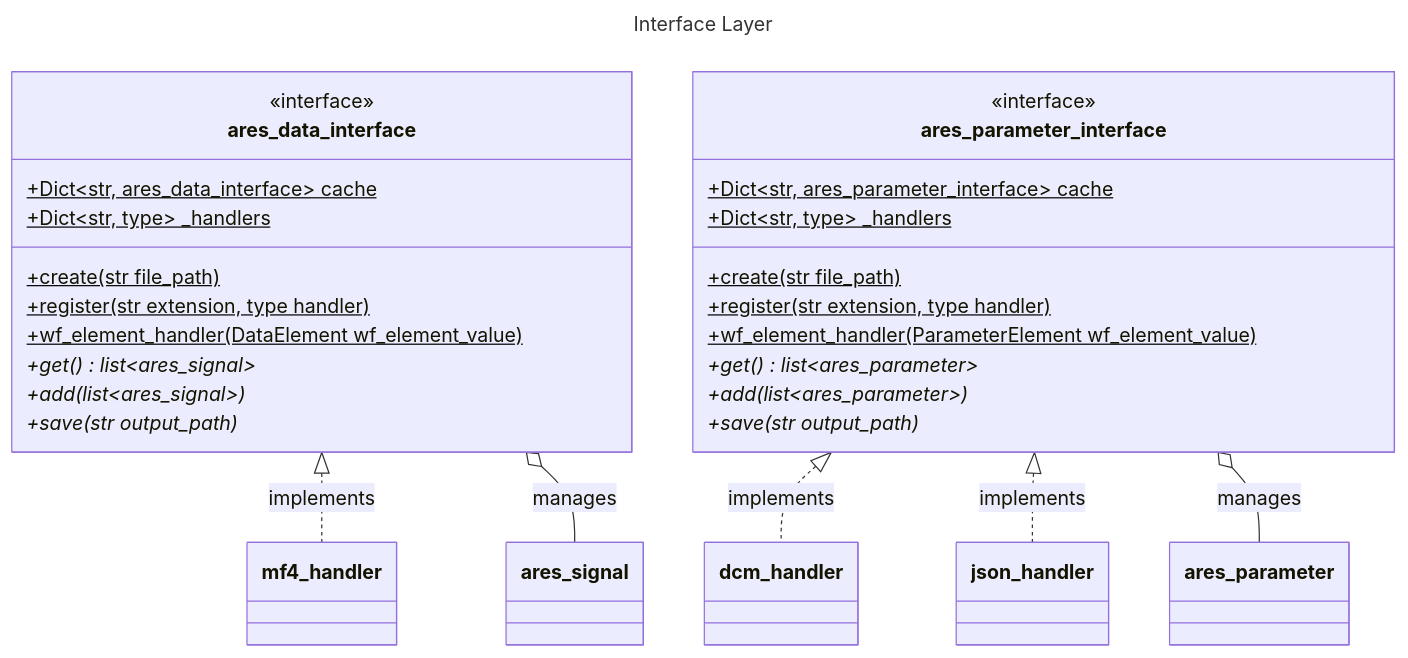
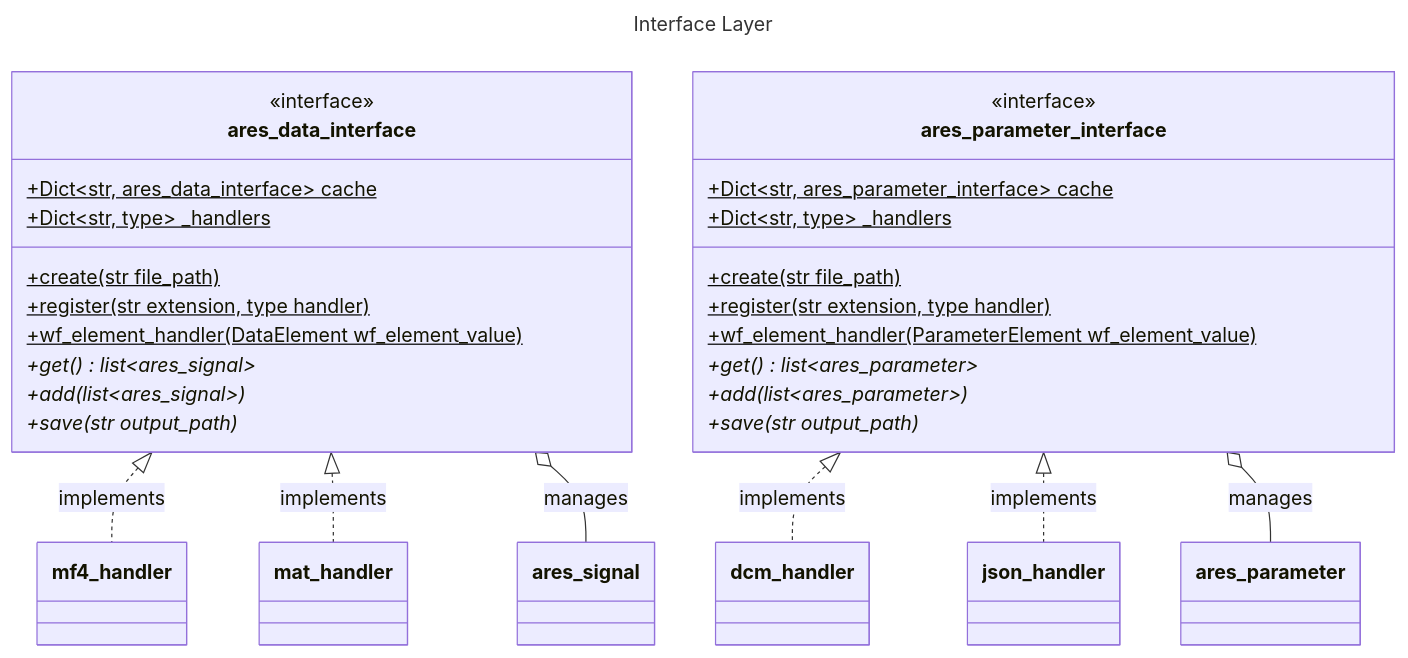
The fourth of 5 diagrams in architecture.md (olympus-tools/ARES), drawn with Mermaid before and after one commit. The commit also changed 2 other files, not shown here.

Commit message:
jonas: updating minimal documentation

````diff
--- a/architecture.md
+++ b/architecture.md
@@ -171,39 +171,41 @@
 ```mermaid
 ---
 title: Interface Layer
 ---
 classDiagram
     class ares_data_interface{
         <<interface>>
         +Dict~str, ares_data_interface~ cache$
         +Dict~str, type~ _handlers$
         +create(str file_path)$
         +register(str extension, type handler)$
         +wf_element_handler(DataElement wf_element_value)$
         +get() list~ares_signal~*
         +add(list~ares_signal~)*
         +save(str output_path)*
     }
 
     class ares_parameter_interface{
         <<interface>>
         +Dict~str, ares_parameter_interface~ cache$
         +Dict~str, type~ _handlers$
         +create(str file_path)$
         +register(str extension, type handler)$
         +wf_element_handler(ParameterElement wf_element_value)$
         +get() list~ares_parameter~*
         +add(list~ares_parameter~)*
         +save(str output_path)*
     }
 
     class dcm_handler
     class json_handler
     class mf4_handler
+    class mat_handler
 
     ares_parameter_interface <|.. dcm_handler : implements
     ares_parameter_interface <|.. json_handler : implements
     ares_data_interface <|.. mf4_handler : implements
+    ares_data_interface <|.. mat_handler : implements
     ares_parameter_interface o-- ares_parameter : manages
     ares_data_interface o-- ares_signal : manages
 ```
````
